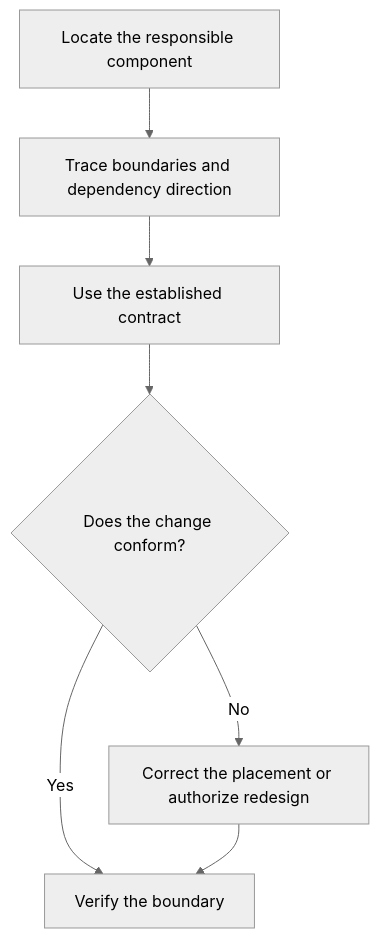
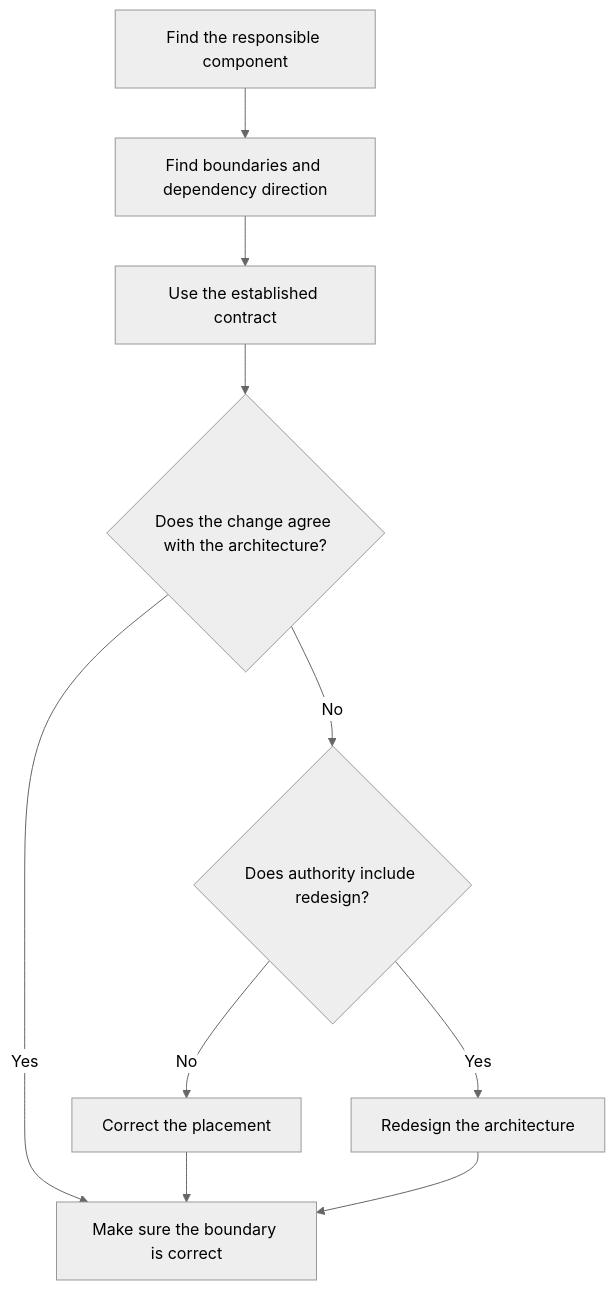
One commit to HomericIntelligence/Athena changed the diagram in docs/principles/details/p015-architecture-conformance.md. Above: the diagram before and after it, drawn with Mermaid (neutral theme). The commit also changed other lines of this file and 91 other files, not shown here.

````diff
--- a/docs/principles/details/p015-architecture-conformance.md
+++ b/docs/principles/details/p015-architecture-conformance.md
@@ -34,9 +35,12 @@
 ```mermaid
 flowchart TD
-    A["Locate the responsible component"] --> B["Trace boundaries and dependency direction"]
+    A["Find the responsible component"] --> B["Find boundaries and dependency direction"]
     B --> C["Use the established contract"]
-    C --> D{"Does the change conform?"}
-    D -->|No| E["Correct the placement or authorize redesign"]
-    D -->|Yes| F["Verify the boundary"]
-    E --> F
+    C --> D{"Does the change agree with the architecture?"}
+    D -->|No| E{"Does authority include redesign?"}
+    E -->|No| G["Correct the placement"]
+    E -->|Yes| H["Redesign the architecture"]
+    D -->|Yes| F["Make sure the boundary is correct"]
+    G --> F
+    H --> F
 ```
````
